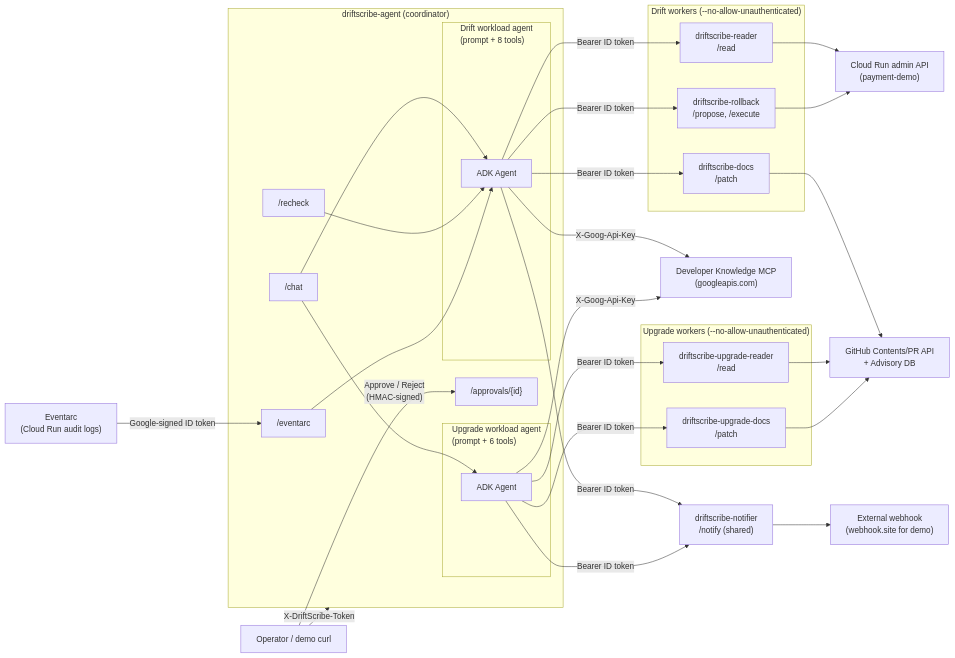
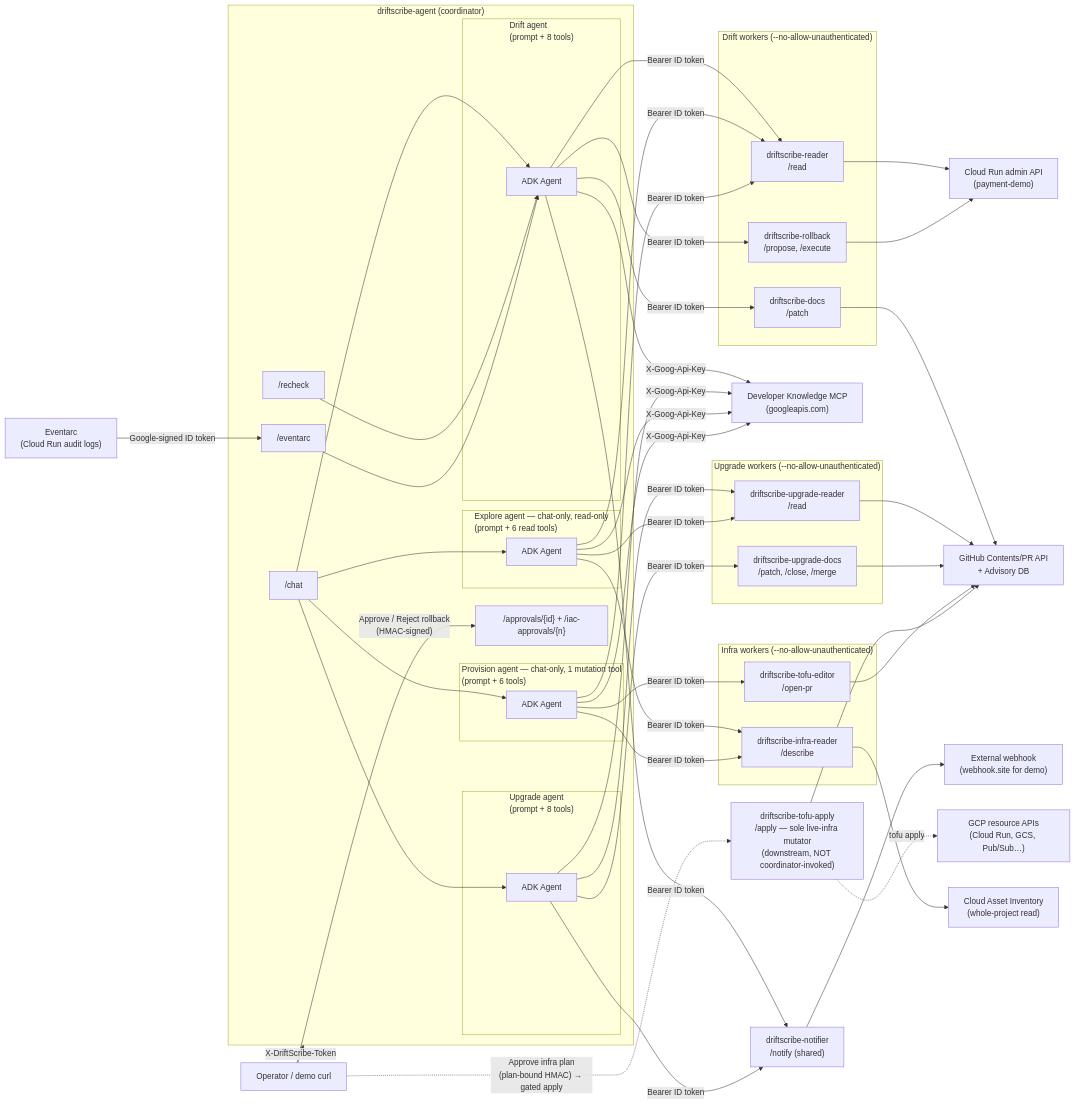
Before and after one commit to adi-prasetyo/driftscribe: the diagram in docs/architecture/multi-agent-design.md, drawn with Mermaid. The commit also changed other lines of this file and 2 other files, not shown here.

````diff
--- a/docs/architecture/multi-agent-design.md
+++ b/docs/architecture/multi-agent-design.md
@@ -15,27 +17,36 @@
     Webhook["External webhook\n(webhook.site for demo)"]
     GitHub["GitHub Contents/PR API\n+ Advisory DB"]
     CloudRunAdmin["Cloud Run admin API\n(payment-demo)"]
+    CAI["Cloud Asset Inventory\n(whole-project read)"]
+    GCPResources["GCP resource APIs\n(Cloud Run, GCS, Pub/Sub…)"]
     DKMCP["Developer Knowledge MCP\n(googleapis.com)"]
 
     subgraph Coordinator["driftscribe-agent (coordinator)"]
         Chat["/chat"]
         Recheck["/recheck"]
         Eventarc["/eventarc"]
-        Approvals["/approvals/{id}"]
-        subgraph Drift["Drift workload agent\n(prompt + 8 tools)"]
+        Approvals["/approvals/{id} + /iac-approvals/{n}"]
+        subgraph Drift["Drift agent\n(prompt + 8 tools)"]
             ADKd["ADK Agent"]
         end
-        subgraph Upgrade["Upgrade workload agent\n(prompt + 6 tools)"]
+        subgraph Upgrade["Upgrade agent\n(prompt + 8 tools)"]
             ADKu["ADK Agent"]
+        end
+        subgraph Explore["Explore agent — chat-only, read-only\n(prompt + 6 read tools)"]
+            ADKe["ADK Agent"]
+        end
+        subgraph Provision["Provision agent — chat-only, 1 mutation tool\n(prompt + 6 tools)"]
+            ADKp["ADK Agent"]
         end
         Chat --> ADKd
         Chat --> ADKu
+        Chat --> ADKe
+        Chat --> ADKp
         Recheck --> ADKd
         Eventarc --> ADKd
-        %% /recheck workload=upgrade returns 503 in this build — the
-        %% drift /recheck path's post-agent plumbing (classifier ->
-        %% validator -> renderer -> action) is drift-specific.
-        %% Workload-specific /recheck for upgrade is post-Phase-17.
+        %% /recheck serves drift; upgrade is rechecked via GitHub branch
+        %% observation. explore + provision are chat-only —
+        %% agent/main.py::CHAT_ONLY_WORKLOAD_NAMES refuses /recheck for them.
     end
 
     subgraph DriftWorkers["Drift workers (--no-allow-unauthenticated)"]
@@ -45,9 +56,14 @@
     end
     subgraph UpgradeWorkers["Upgrade workers (--no-allow-unauthenticated)"]
         UReader["driftscribe-upgrade-reader\n/read"]
-        UDocs["driftscribe-upgrade-docs\n/patch"]
+        UDocs["driftscribe-upgrade-docs\n/patch, /close, /merge"]
+    end
+    subgraph InfraWorkers["Infra workers (--no-allow-unauthenticated)"]
+        InfraReader["driftscribe-infra-reader\n/describe"]
+        TofuEditor["driftscribe-tofu-editor\n/open-pr"]
     end
     Notifier["driftscribe-notifier\n/notify (shared)"]
+    TofuApply["driftscribe-tofu-apply\n/apply — sole live-infra mutator\n(downstream, NOT coordinator-invoked)"]
 
     Human -- "X-DriftScribe-Token" --> Coordinator
     Eventarc_GCP -- "Google-signed ID token" --> Eventarc
@@ -56,15 +72,28 @@
     ADKd -- "Bearer ID token" --> Rollback
     ADKu -- "Bearer ID token" --> UReader
     ADKu -- "Bearer ID token" --> UDocs
+    ADKe -- "Bearer ID token" --> Reader
+    ADKe -- "Bearer ID token" --> UReader
+    ADKe -- "Bearer ID token" --> InfraReader
+    ADKp -- "Bearer ID token" --> Reader
+    ADKp -- "Bearer ID token" --> InfraReader
+    ADKp -- "Bearer ID token" --> TofuEditor
     ADKd -- "Bearer ID token" --> Notifier
     ADKu -- "Bearer ID token" --> Notifier
     ADKd -- "X-Goog-Api-Key" --> DKMCP
     ADKu -- "X-Goog-Api-Key" --> DKMCP
+    ADKe -- "X-Goog-Api-Key" --> DKMCP
+    ADKp -- "X-Goog-Api-Key" --> DKMCP
     Reader --> CloudRunAdmin
     Docs --> GitHub
     Rollback --> CloudRunAdmin
     UReader --> GitHub
     UDocs --> GitHub
+    InfraReader --> CAI
+    TofuEditor --> GitHub
     Notifier --> Webhook
-    Human -- "Approve / Reject\n(HMAC-signed)" --> Approvals
+    Human -- "Approve / Reject rollback\n(HMAC-signed)" --> Approvals
+    Human -. "Approve infra plan\n(plan-bound HMAC) → gated apply" .-> TofuApply
+    TofuApply --> GitHub
+    TofuApply -. "tofu apply" .-> GCPResources
 ```
````
